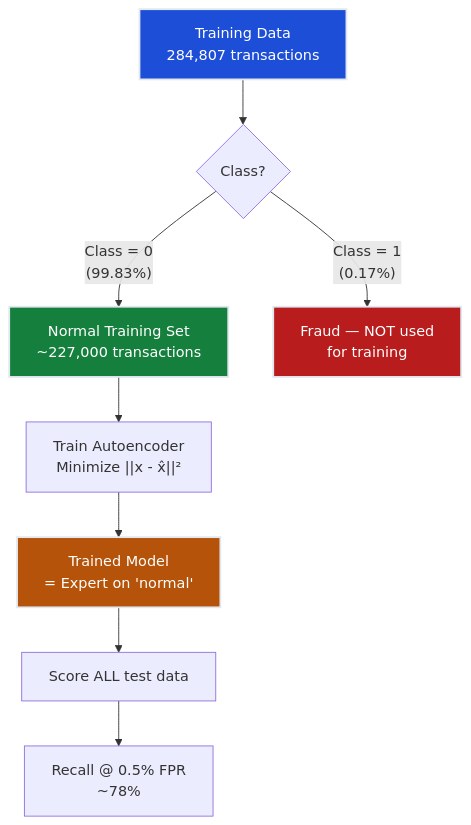
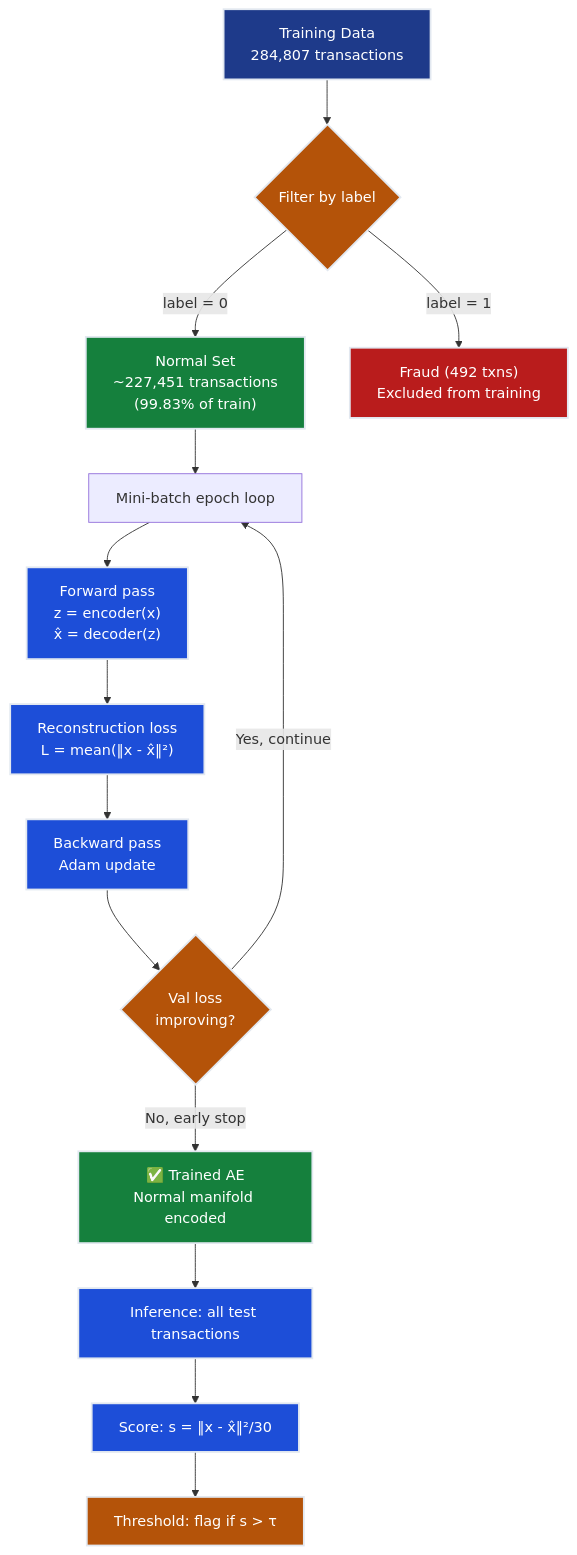
Before and after one commit to deepakshamsft/ai-portfolio: the third of 3 diagrams in notes/01-ml/05_anomaly_detection/ch03_autoencoders/README.md, drawn with Mermaid. The commit also changed other lines of this file and 727 other files, not shown here.

````diff
--- a/notes/01-ml/05_anomaly_detection/ch03_autoencoders/README.md
+++ b/notes/01-ml/05_anomaly_detection/ch03_autoencoders/README.md
@@ -235,17 +523,41 @@
 ```mermaid
 flowchart TD
-    DATA["Training Data\n284,807 transactions"] --> SPLIT{"Class?"}
-    SPLIT -->|"Class = 0\n(99.83%)"| NORMAL["Normal Training Set\n~227,000 transactions"]
-    SPLIT -->|"Class = 1\n(0.17%)"| FRAUD_HELD["Fraud — NOT used\nfor training"]
+    DATA["Training Data\n284,807 transactions"]
+    SPLIT{"Filter by label"}
+    NORMAL["Normal Set\n~227,451 transactions\n(99.83% of train)"]
+    DISCARD["Fraud (492 txns)\nExcluded from training"]
 
-    NORMAL --> TRAIN["Train Autoencoder\nMinimize ||x - x̂||²"]
-    TRAIN --> MODEL["Trained Model\n= Expert on 'normal'"]
+    EPOCH["Mini-batch epoch loop"]
+    FWD["Forward pass\nz = encoder(x)\nx̂ = decoder(z)"]
+    LOSS["Reconstruction loss\nL = mean(‖x - x̂‖²)"]
+    BACK["Backward pass\nAdam update"]
+    STOP{"Val loss\nimproving?"}
+    TRAINED["✅ Trained AE\nNormal manifold encoded"]
 
-    MODEL --> INFERENCE["Score ALL test data"]
-    INFERENCE --> EVAL["Recall @ 0.5% FPR\n~78%"]
+    INFERENCE["Inference: all test transactions"]
+    SCORE["Score: s = ‖x - x̂‖²/30"]
+    THRESH["Threshold: flag if s > τ"]
 
-    style DATA fill:#1d4ed8,stroke:#e2e8f0,stroke-width:2px,color:#ffffff
+    DATA --> SPLIT
+    SPLIT -->|"label = 0"| NORMAL
+    SPLIT -->|"label = 1"| DISCARD
+    NORMAL --> EPOCH
+    EPOCH --> FWD --> LOSS --> BACK --> STOP
+    STOP -->|"Yes, continue"| EPOCH
+    STOP -->|"No, early stop"| TRAINED
+
+    TRAINED --> INFERENCE --> SCORE --> THRESH
+
+    style DATA fill:#1e3a8a,stroke:#e2e8f0,stroke-width:2px,color:#ffffff
     style NORMAL fill:#15803d,stroke:#e2e8f0,stroke-width:2px,color:#ffffff
-    style FRAUD_HELD fill:#b91c1c,stroke:#e2e8f0,stroke-width:2px,color:#ffffff
-    style MODEL fill:#b45309,stroke:#e2e8f0,stroke-width:2px,color:#ffffff
+    style DISCARD fill:#b91c1c,stroke:#e2e8f0,stroke-width:2px,color:#ffffff
+    style TRAINED fill:#15803d,stroke:#e2e8f0,stroke-width:2px,color:#ffffff
+    style THRESH fill:#b45309,stroke:#e2e8f0,stroke-width:2px,color:#ffffff
+    style SPLIT fill:#b45309,stroke:#e2e8f0,stroke-width:2px,color:#ffffff
+    style STOP fill:#b45309,stroke:#e2e8f0,stroke-width:2px,color:#ffffff
+    style FWD fill:#1d4ed8,stroke:#e2e8f0,stroke-width:2px,color:#ffffff
+    style LOSS fill:#1d4ed8,stroke:#e2e8f0,stroke-width:2px,color:#ffffff
+    style BACK fill:#1d4ed8,stroke:#e2e8f0,stroke-width:2px,color:#ffffff
+    style INFERENCE fill:#1d4ed8,stroke:#e2e8f0,stroke-width:2px,color:#ffffff
+    style SCORE fill:#1d4ed8,stroke:#e2e8f0,stroke-width:2px,color:#ffffff
 ```
````
